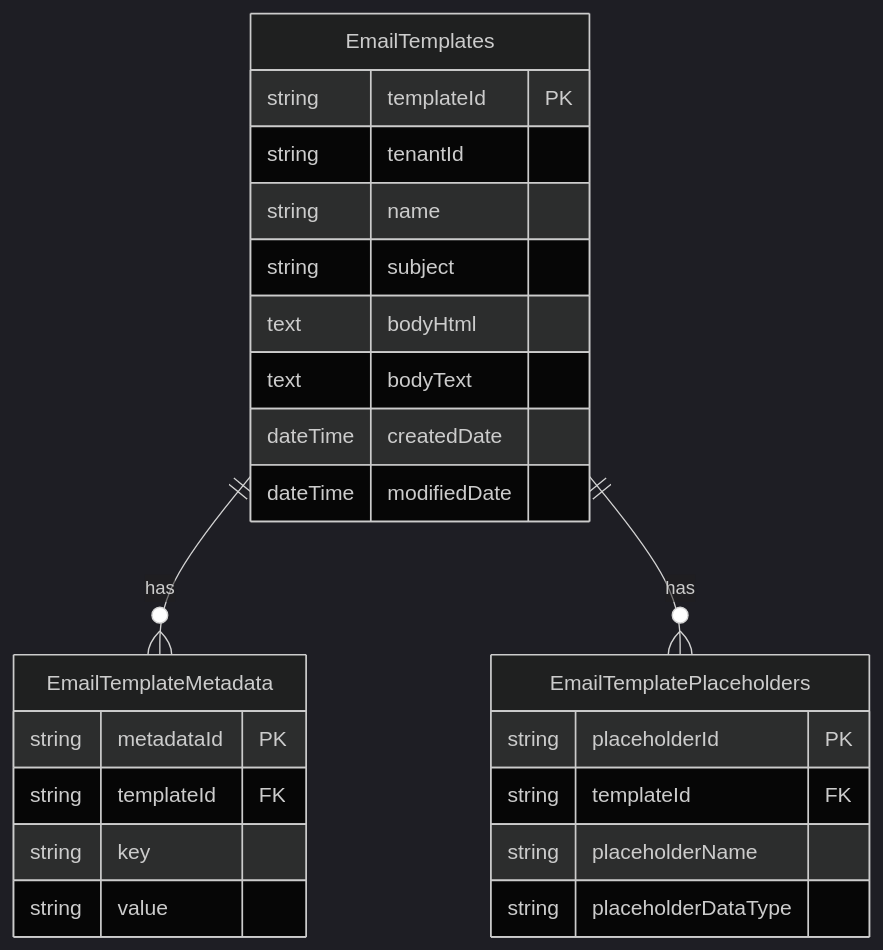
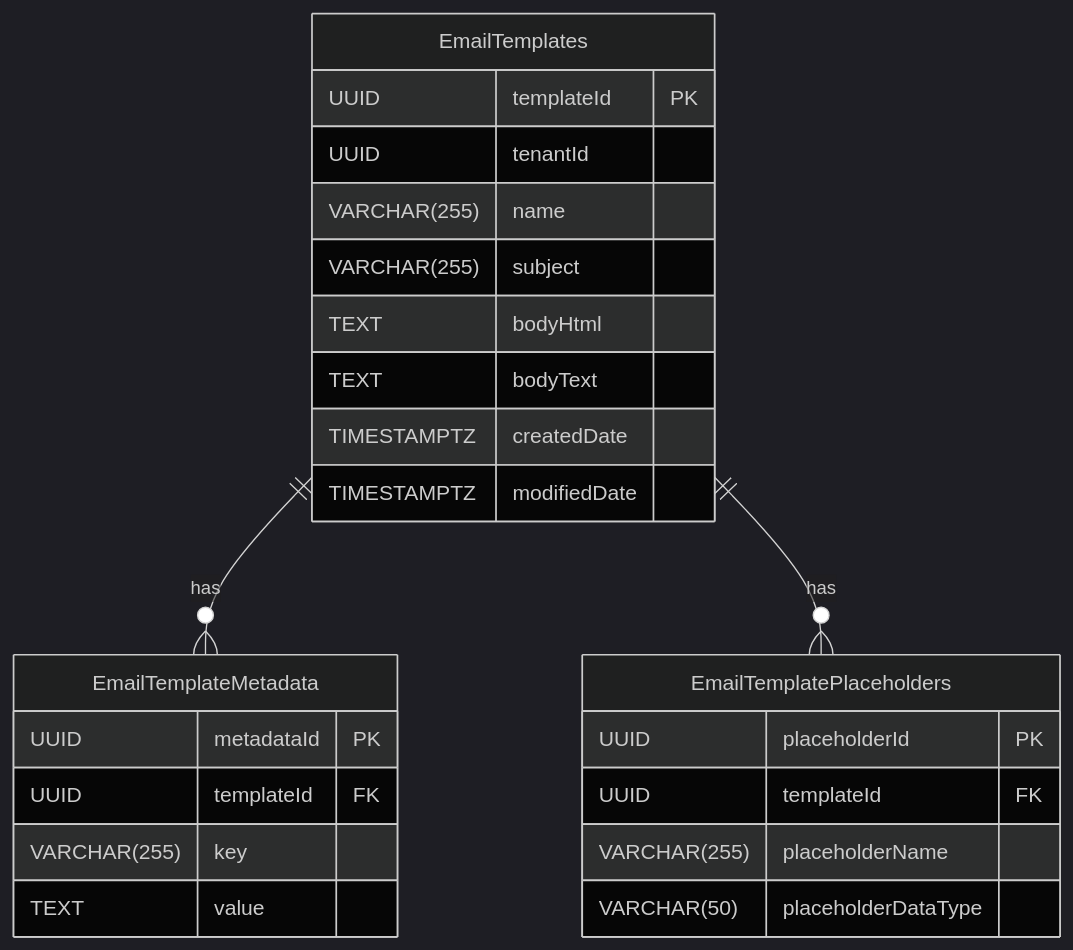
Before and after one commit to rasmusulriksen/BachelorsProject: the first of 4 diagrams in Diagrams/ERDiagrams.md, drawn with Mermaid (dark theme). The commit also changed other lines of this file, not shown here.

Commit message:
ER diagrams now talk PostgreSQL

````diff
--- a/Diagrams/ERDiagrams.md
+++ b/Diagrams/ERDiagrams.md
@@ -4,31 +4,31 @@
 ```mermaid
 erDiagram
 
     EmailTemplates {
-        string templateId PK
-        string tenantId
-        string name
-        string subject
-        text bodyHtml
-        text bodyText
-        dateTime createdDate
-        dateTime modifiedDate
+        UUID templateId PK
+        UUID tenantId
+        VARCHAR(255) name
+        VARCHAR(255) subject
+        TEXT bodyHtml
+        TEXT bodyText
+        TIMESTAMPTZ createdDate
+        TIMESTAMPTZ modifiedDate
     }
 
     EmailTemplateMetadata {
-        string metadataId PK
-        string templateId FK
-        string key
-        string value
+        UUID metadataId PK
+        UUID templateId FK
+        VARCHAR(255) key
+        TEXT value
     }
 
     EmailTemplatePlaceholders {
-        string placeholderId PK
-        string templateId FK
-        string placeholderName
-        string placeholderDataType
+        UUID placeholderId PK
+        UUID templateId FK
+        VARCHAR(255) placeholderName
+        VARCHAR(50) placeholderDataType
     }
 
     EmailTemplates ||--o{ EmailTemplateMetadata: "has"
     EmailTemplates ||--o{ EmailTemplatePlaceholders: "has"
 ```
````
